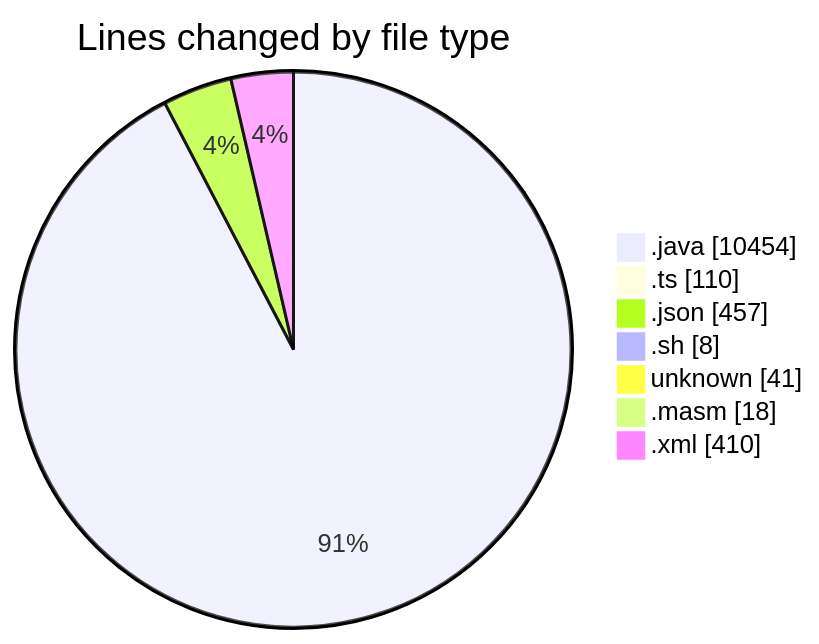
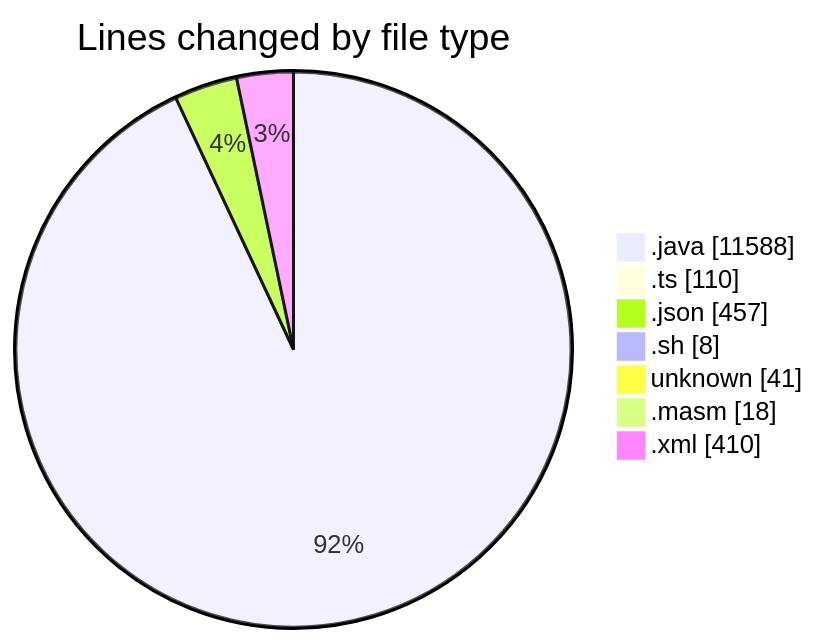
Before and after one commit to charlie-sans/code-tracking: the first of 2 diagrams in 2025-02-20/micros/README.md, drawn with Mermaid. The commit also changed other lines of this file and 1 other file, not shown here.

````diff
--- a/2025-02-20/micros/README.md
+++ b/2025-02-20/micros/README.md
@@ -56,11 +56,11 @@
 ```mermaid
 pie showData
 title Lines changed by file type
-".java" : 10454
+".java" : 11588
 ".ts" : 110
 ".json" : 457
 ".sh" : 8
 "unknown" : 41
 ".masm" : 18
 ".xml" : 410
 ```
````
